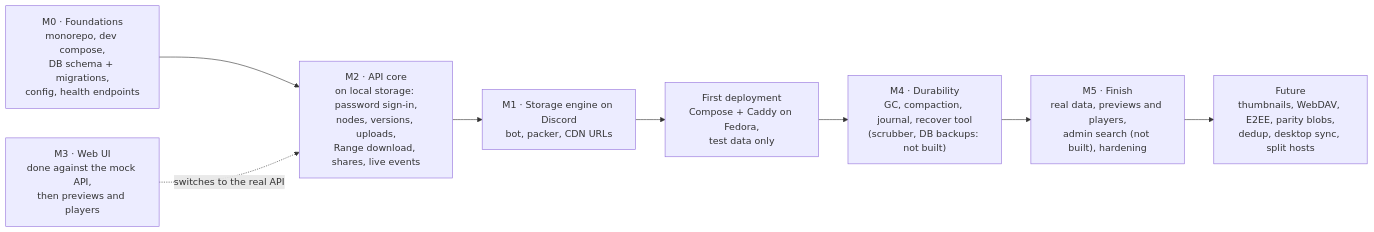
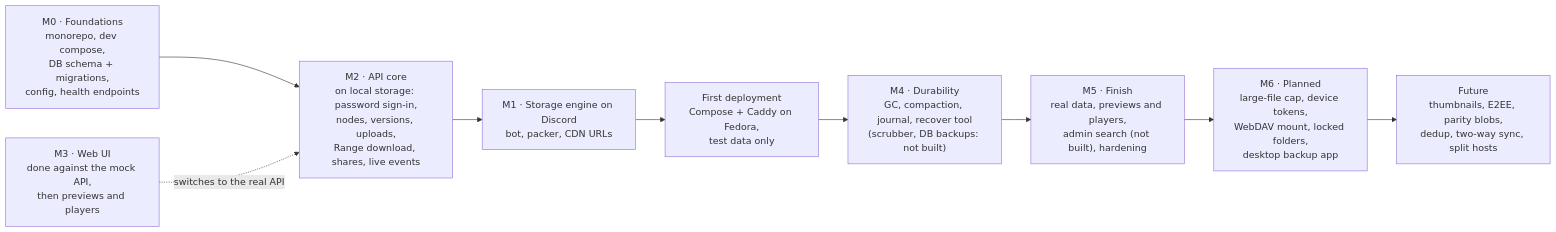
Before and after one commit to AlexB8675/DFS: diagram 11 of 11 in docs/DESIGN.md, drawn with Mermaid. The commit also changed other lines of this file, not shown here.

First line of the commit message:
Plan the network drive, locked folders and the desktop backup app

````diff
--- a/docs/DESIGN.md
+++ b/docs/DESIGN.md
@@ -1114,10 +1221,11 @@
 ```mermaid
 flowchart LR
     M0["M0 · Foundations<br/>monorepo, dev compose,<br/>DB schema + migrations,<br/>config, health endpoints"] --> M2["M2 · API core<br/>on local storage: password sign-in,<br/>nodes, versions, uploads,<br/>Range download, shares, live events"]
     M3["M3 · Web UI<br/>done against the mock API,<br/>then previews and players"] -.->|"switches to the real API"| M2
     M2 --> M1["M1 · Storage engine on Discord<br/>bot, packer, CDN URLs"]
     M1 --> DEP["First deployment<br/>Compose + Caddy on Fedora,<br/>test data only"]
     DEP --> M4["M4 · Durability<br/>GC, compaction, journal, recover tool<br/>(scrubber, DB backups: not built)"]
     M4 --> M5["M5 · Finish<br/>real data, previews and players,<br/>admin search (not built), hardening"]
-    M5 --> F["Future<br/>thumbnails, WebDAV, E2EE, parity blobs,<br/>dedup, desktop sync, split hosts"]
+    M5 --> M6["M6 · Planned<br/>large-file cap, device tokens,<br/>WebDAV mount, locked folders,<br/>desktop backup app"]
+    M6 --> F["Future<br/>thumbnails, E2EE, parity blobs,<br/>dedup, two-way sync, split hosts"]
 ```
````
